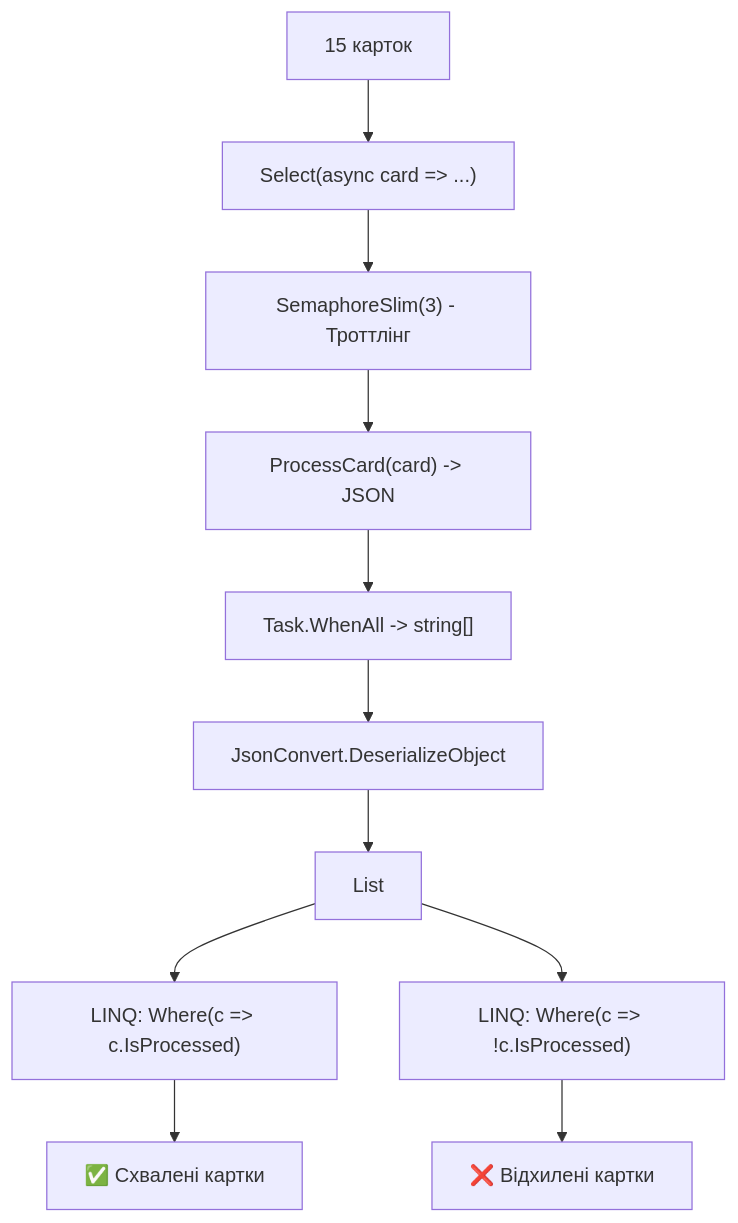
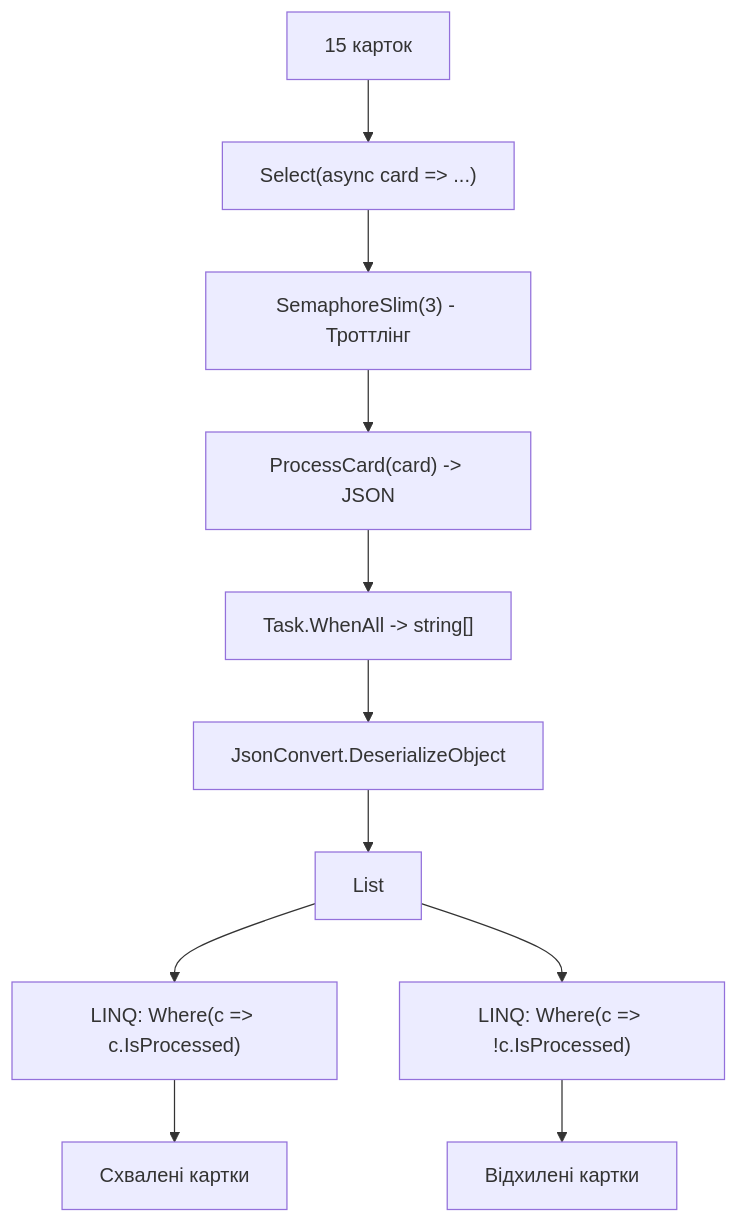
Before and after one commit to MrTomkaYurii/CSharp-OOP-Mastery: the diagram in 06-Multithreading-And-Parallelism/03-Asynchronous-Programming/06-HandleResponseWhenExecutingMultipleTasks/README.md, drawn with Mermaid. The commit also changed other lines of this file and 158 other files, not shown here.

````diff
--- a/06-Multithreading-And-Parallelism/03-Asynchronous-Programming/06-HandleResponseWhenExecutingMultipleTasks/README.md
+++ b/06-Multithreading-And-Parallelism/03-Asynchronous-Programming/06-HandleResponseWhenExecutingMultipleTasks/README.md
@@ -19,16 +19,16 @@
 ```mermaid
 flowchart TD
     Cards["15 карток"] --> Sel["Select(async card => ...)"]
     Sel --> Sem["SemaphoreSlim(3) - Троттлінг"]
     Sem --> Exec["ProcessCard(card) -> JSON"]
     Exec --> WhenAll["Task.WhenAll -> string[]"]
     
     WhenAll --> Deser["JsonConvert.DeserializeObject<CreditCardResponse>"]
     Deser --> DTOList["List<CreditCardResponse>"]
     
     DTOList --> Filter1["LINQ: Where(c => c.IsProcessed)"]
     DTOList --> Filter2["LINQ: Where(c => !c.IsProcessed)"]
     
-    Filter1 --> Approved["✅ Схвалені картки"]
-    Filter2 --> Rejected["❌ Відхилені картки"]
+    Filter1 --> Approved[" Схвалені картки"]
+    Filter2 --> Rejected[" Відхилені картки"]
 ```
````
